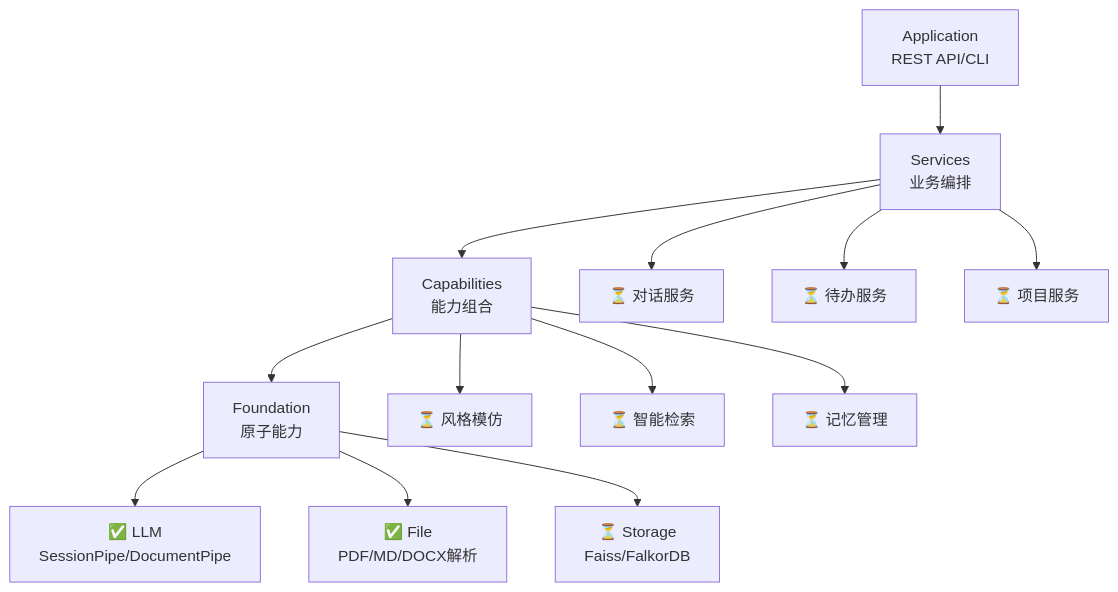
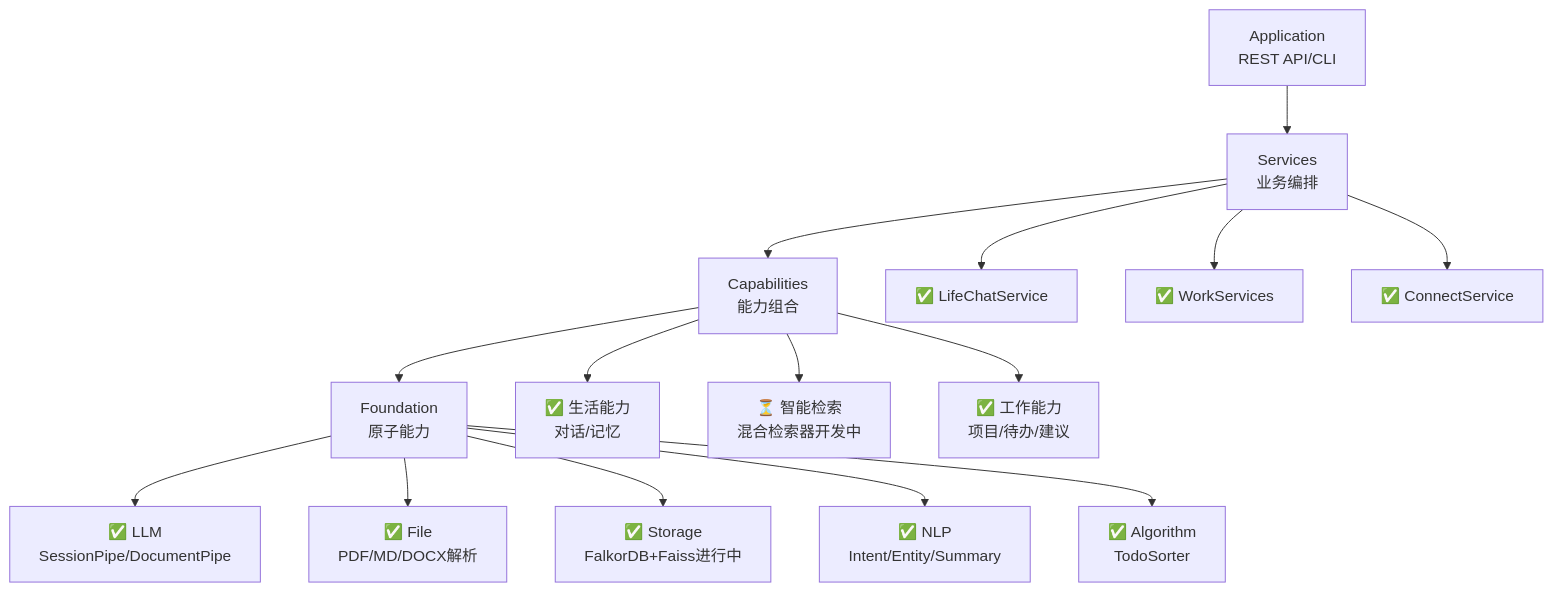
Before and after one commit to kailiangenn/another-me: the third of 3 diagrams in ame-doc/architecture.md, drawn with Mermaid. The commit also changed other lines of this file and 83 other files, not shown here.

````diff
--- a/ame-doc/architecture.md
+++ b/ame-doc/architecture.md
@@ -79,18 +80,20 @@
 ```mermaid
 graph TD
     A[Application<br/>REST API/CLI] --> B[Services<br/>业务编排]
     B --> C[Capabilities<br/>能力组合]
     C --> D[Foundation<br/>原子能力]
     
     D --> D1[✅ LLM<br/>SessionPipe/DocumentPipe]
     D --> D2[✅ File<br/>PDF/MD/DOCX解析]
-    D --> D3[⏳ Storage<br/>Faiss/FalkorDB]
+    D --> D3[✅ Storage<br/>FalkorDB+Faiss进行中]
+    D --> D4[✅ NLP<br/>Intent/Entity/Summary]
+    D --> D5[✅ Algorithm<br/>TodoSorter]
     
-    C --> C1[⏳ 风格模仿]
-    C --> C2[⏳ 智能检索]
-    C --> C3[⏳ 记忆管理]
+    C --> C1[✅ 生活能力<br/>对话/记忆]
+    C --> C2[⏳ 智能检索<br/>混合检索器开发中]
+    C --> C3[✅ 工作能力<br/>项目/待办/建议]
     
-    B --> B1[⏳ 对话服务]
-    B --> B2[⏳ 待办服务]
-    B --> B3[⏳ 项目服务]
+    B --> B1[✅ LifeChatService]
+    B --> B2[✅ WorkServices]
+    B --> B3[✅ ConnectService]
 ```
````
